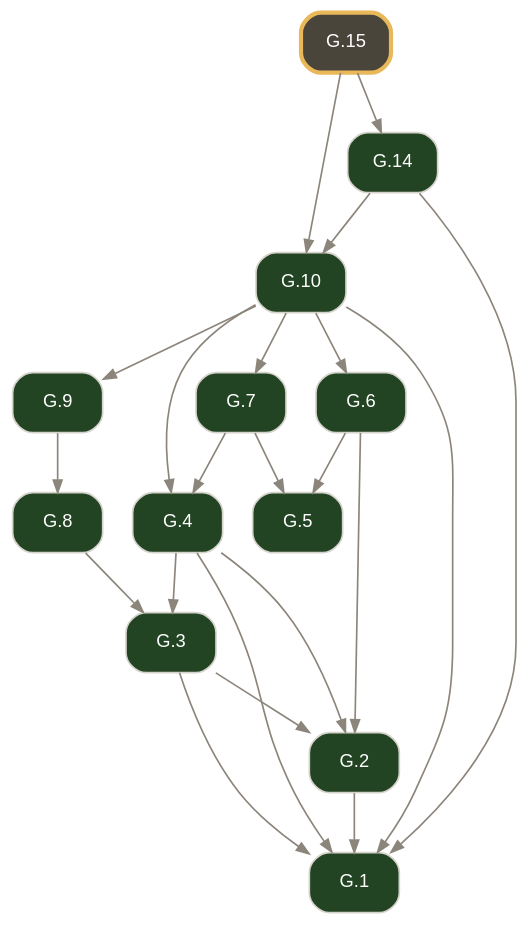
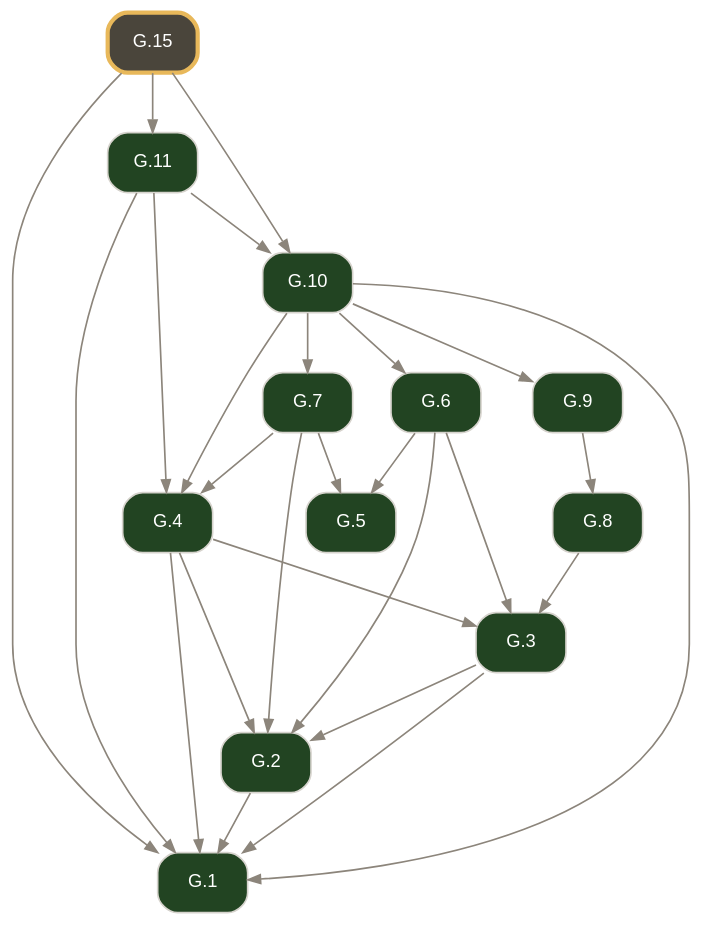
One commit to geometor/elements changed the diagram in docsrc/elements2/G.15/index.rst. Above: the diagram before and after it, drawn with Graphviz. The commit also changed other lines of this file and 1276 other files, not shown here.

```diff
--- a/docsrc/elements2/G.15/index.rst
+++ b/docsrc/elements2/G.15/index.rst
@@ -38,41 +38,45 @@
 .. graphviz::
 
    digraph {
      bgcolor="transparent";
      node [shape=box, style="rounded,filled", fontname="Helvetica", fontsize=11, color="#d6d3cd", fontcolor="#ffffff"];
      edge [color="#8c857b", fontcolor="#8c857b", arrowsize=0.75];
      rankdir="TB";
      "G.1" [label="G.1", tooltip="G.1 (I.def.1): A point A is that which has no part.", fillcolor="#224422", URL="../G.1/index.html", target="_top"];
      "G.2" [label="G.2", tooltip="G.2 (I.def.2): A line [ A B ] is a projection of a relationship of two points A, B.", fillcolor="#224422", URL="../G.2/index.html", target="_top"];
      "G.3" [label="G.3", tooltip="G.3 (I.def.3): The extremities of a segment / A B / are points A, B.", fillcolor="#224422", URL="../G.3/index.html", target="_top"];
      "G.4" [label="G.4", tooltip="G.4 (I.def.4): A segment / A B / is a portion of a line [ A B ] between two points A, B on the line.", fillcolor="#224422", URL="../G.4/index.html", target="_top"];
      "G.5" [label="G.5", tooltip="G.5 (I.def.5): A surface is that which has length and breadth only.", fillcolor="#224422", URL="../G.5/index.html", target="_top"];
      "G.6" [label="G.6", tooltip="G.6 (I.def.6): The extremities of a surface are lines or arcs.", fillcolor="#224422", URL="../G.6/index.html", target="_top"];
      "G.7" [label="G.7", tooltip="G.7 (I.def.7): A plane surface lies evenly with the lines on itself.", fillcolor="#224422", URL="../G.7/index.html", target="_top"];
      "G.8" [label="G.8", tooltip="G.8 (I.def.13): A boundary is the extremity of anything.", fillcolor="#224422", URL="../G.8/index.html", target="_top"];
      "G.9" [label="G.9", tooltip="G.9 (I.def.14): A figure is that which is contained by any boundary or boundaries.", fillcolor="#224422", URL="../G.9/index.html", target="_top"];
      "G.10" [label="G.10", tooltip="G.10 (I.def.15): A circle ( A B ) is a plane figure contained by one arc defined by a center A and a point B establishing its defining radius / A B /, such that all segments / A B /, / A C /, / A D...", fillcolor="#224422", URL="../G.10/index.html", target="_top"];
-     "G.14" [label="G.14", tooltip="G.14 (I.def.16): The point A within the circle ( A B ) from which all segments / A B /, / A C / to the arc are equal is called the center of the circle.", fillcolor="#224422", URL="../G.14/index.html", target="_top"];
+     "G.11" [label="G.11", tooltip="G.11 (I.def.16): The point A within the circle ( A B ) from which all segments / A B /, / A C / to the arc are equal is called the center of the circle.", fillcolor="#224422", URL="../G.11/index.html", target="_top"];
      "G.15" [label="G.15", tooltip="G.15 (I.post.3): Construct a circle ( A B ) with center A and defining radius point B.", penwidth=2.5, color="#e8b85a", fillcolor="#4a453b", URL="index.html", target="_top"];
      "G.2" -> "G.1";
      "G.3" -> "G.1";
      "G.4" -> "G.1";
      "G.10" -> "G.1";
-     "G.14" -> "G.1";
+     "G.11" -> "G.1";
+     "G.15" -> "G.1";
      "G.3" -> "G.2";
      "G.4" -> "G.2";
      "G.6" -> "G.2";
+     "G.7" -> "G.2";
      "G.4" -> "G.3";
+     "G.6" -> "G.3";
      "G.8" -> "G.3";
      "G.7" -> "G.4";
      "G.10" -> "G.4";
+     "G.11" -> "G.4";
      "G.6" -> "G.5";
      "G.7" -> "G.5";
      "G.10" -> "G.6";
      "G.10" -> "G.7";
      "G.9" -> "G.8";
      "G.10" -> "G.9";
-     "G.14" -> "G.10";
+     "G.11" -> "G.10";
      "G.15" -> "G.10";
-     "G.15" -> "G.14";
+     "G.15" -> "G.11";
    }
```
